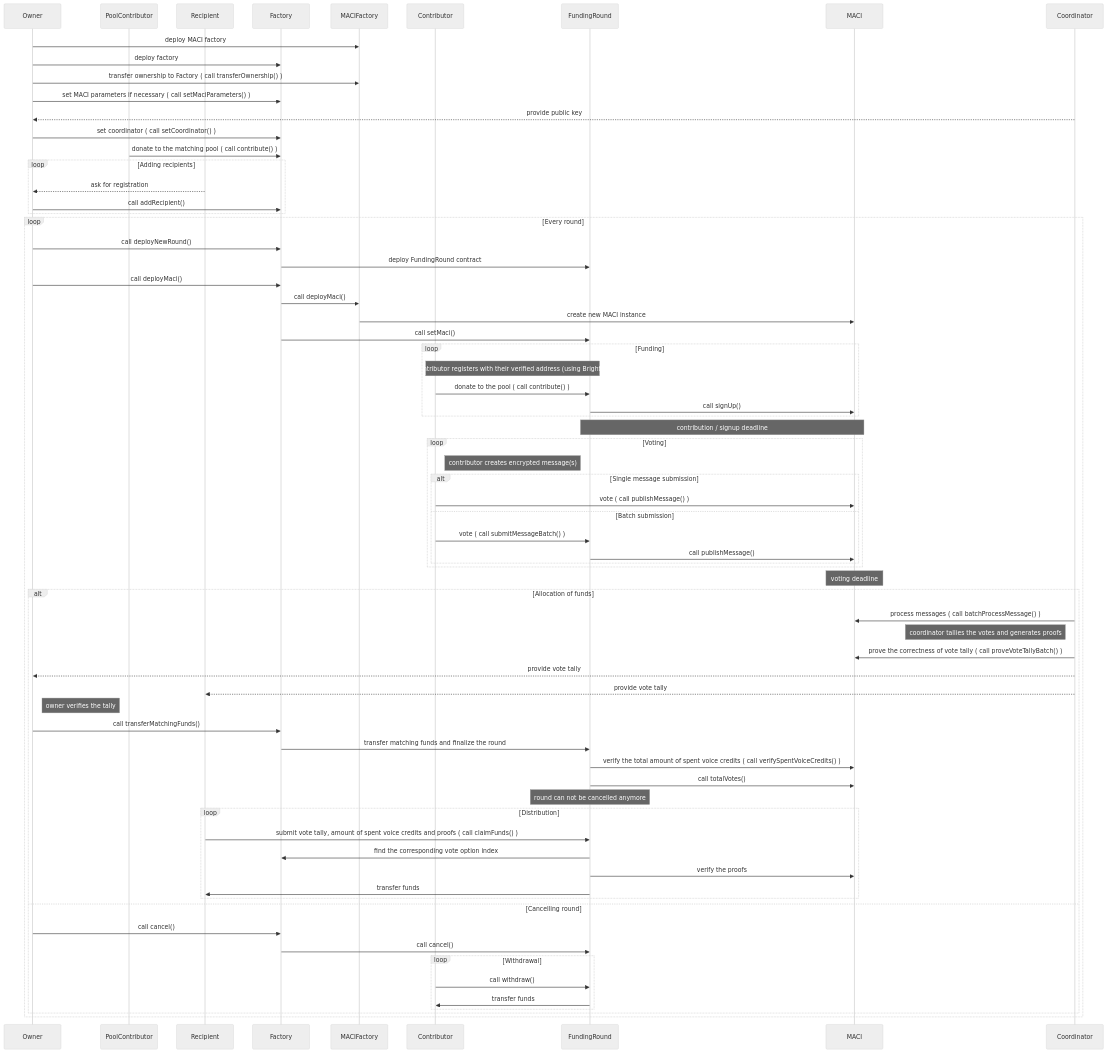
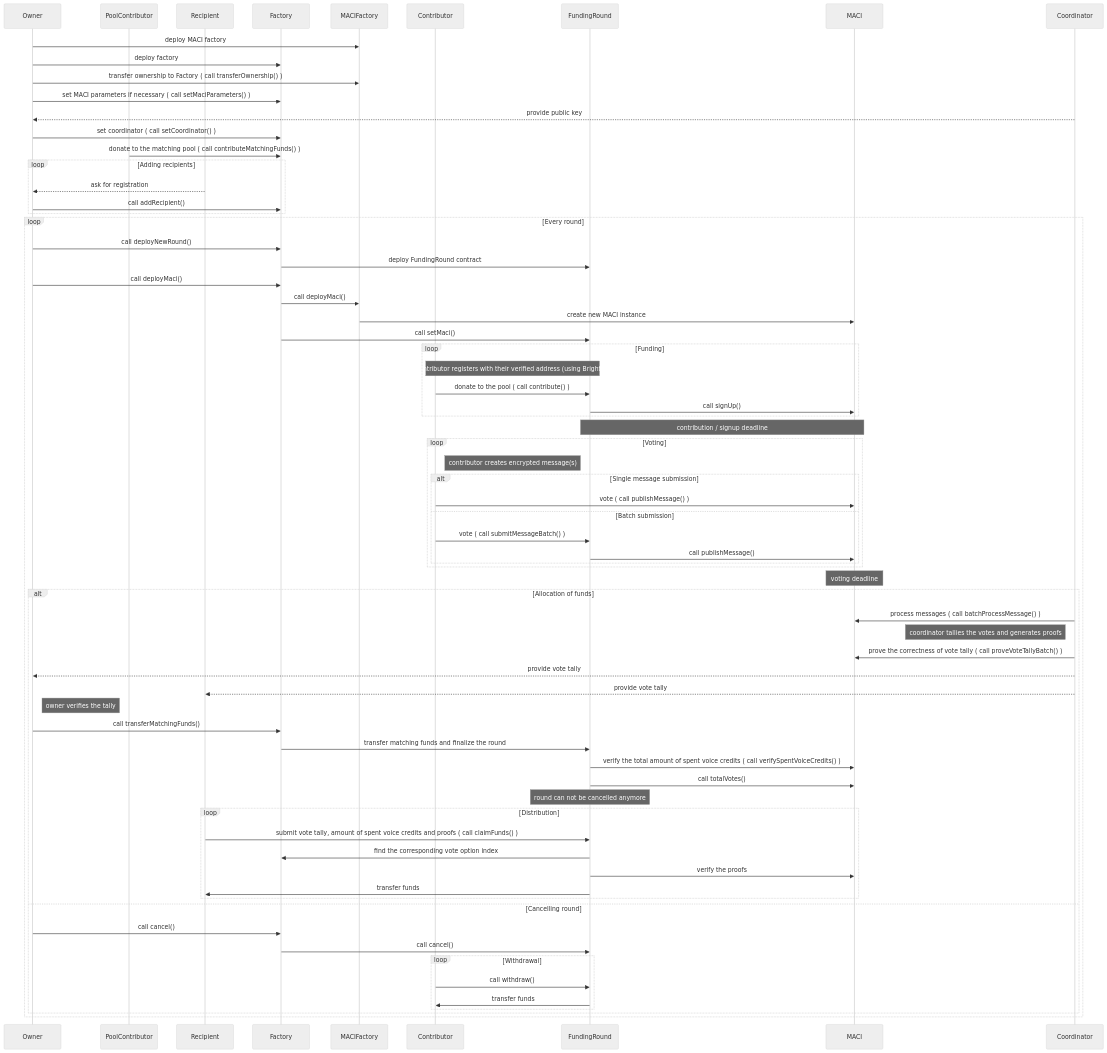
One commit to goldentechie/clrfund changed the diagram in docs/clrfund.mmd. Above: the diagram before and after it, drawn with Mermaid (neutral theme). The commit also changed 4 other files, not shown here.

Commit message:
Contracts: Rename FundingRoundFactory.contribute() method to contributeMatchingFunds()

```diff
--- a/docs/clrfund.mmd
+++ b/docs/clrfund.mmd
@@ -1,83 +1,83 @@
 %% To render this diagram, paste the code into the live editor https://mermaid-js.github.io/mermaid-live-editor/ or use Mermaid CLI
 
 sequenceDiagram
     participant Owner
     participant PoolContributor
     participant Recipient
     participant Factory
     participant MACIFactory
     participant Contributor
     participant FundingRound
     participant MACI
     participant Coordinator
     
     Owner ->> MACIFactory: deploy MACI factory
     Owner ->> Factory: deploy factory
     Owner ->> MACIFactory: transfer ownership to Factory ( call transferOwnership() )
     Owner ->> Factory: set MACI parameters if necessary ( call setMaciParameters() )
     Coordinator -->> Owner: provide public key
     Owner ->> Factory: set coordinator ( call setCoordinator() )
-    PoolContributor ->> Factory: donate to the matching pool ( call contribute() )
+    PoolContributor ->> Factory: donate to the matching pool ( call contributeMatchingFunds() )
 
     loop Adding recipients
         Recipient -->> Owner: ask for registration
         Owner ->> Factory: call addRecipient()
     end
     
     loop Every round
         Owner ->> Factory: call deployNewRound()
         Factory ->> FundingRound: deploy FundingRound contract
         Owner ->> Factory: call deployMaci()
         Factory ->> MACIFactory: call deployMaci()
         MACIFactory ->> MACI: create new MACI instance
         Factory ->> FundingRound: call setMaci()
         
         loop Funding
             Note over Contributor, FundingRound: contributor registers with their verified address (using BrightID)
             Contributor ->> FundingRound: donate to the pool ( call contribute() )
             FundingRound ->> MACI: call signUp()
         end
         
         Note over FundingRound, MACI: contribution / signup deadline
         
         loop Voting
             Note right of Contributor: contributor creates encrypted message(s)
             alt Single message submission
                 Contributor ->> MACI: vote ( call publishMessage() )
             else Batch submission
                 Contributor ->> FundingRound: vote ( call submitMessageBatch() )
                 FundingRound ->> MACI: call publishMessage()
             end
         end
         
         Note over MACI: voting deadline
 
         alt Allocation of funds
             Coordinator ->> MACI: process messages ( call batchProcessMessage() )
             Note left of Coordinator: coordinator tallies the votes and generates proofs
             Coordinator ->> MACI: prove the correctness of vote tally ( call proveVoteTallyBatch() )
             Coordinator -->> Owner: provide vote tally
             Coordinator -->> Recipient: provide vote tally
             Note right of Owner: owner verifies the tally
             Owner ->> Factory: call transferMatchingFunds()
             Factory ->> FundingRound: transfer matching funds and finalize the round
             FundingRound ->> MACI: verify the total amount of spent voice credits ( call verifySpentVoiceCredits() )
             FundingRound ->> MACI: call totalVotes()
             Note over FundingRound: round can not be cancelled anymore
 
             loop Distribution
                 Recipient ->> FundingRound: submit vote tally, amount of spent voice credits and proofs ( call claimFunds() )
                 FundingRound ->> Factory: find the corresponding vote option index
                 FundingRound ->> MACI: verify the proofs
                 FundingRound ->> Recipient: transfer funds
             end
         else Cancelling round
             Owner ->> Factory: call cancel()
             Factory ->> FundingRound: call cancel()
 
             loop Withdrawal
                 Contributor ->> FundingRound: call withdraw()
                 FundingRound ->> Contributor: transfer funds
             end
         end
     end
```
